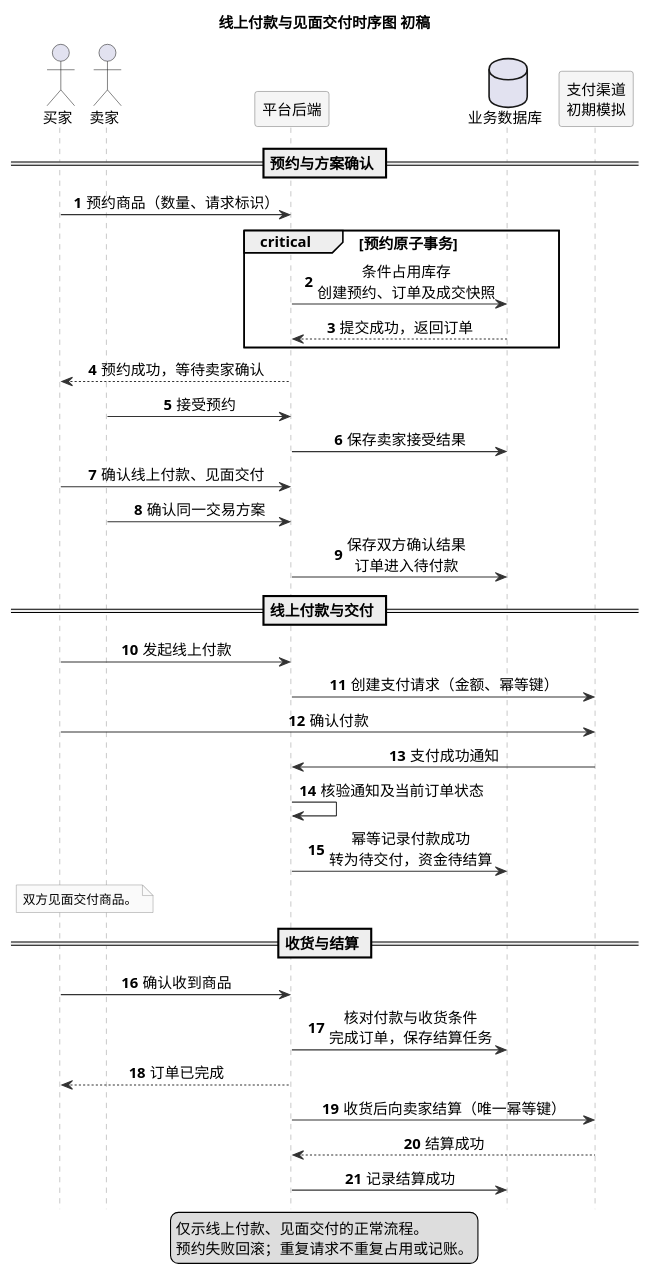
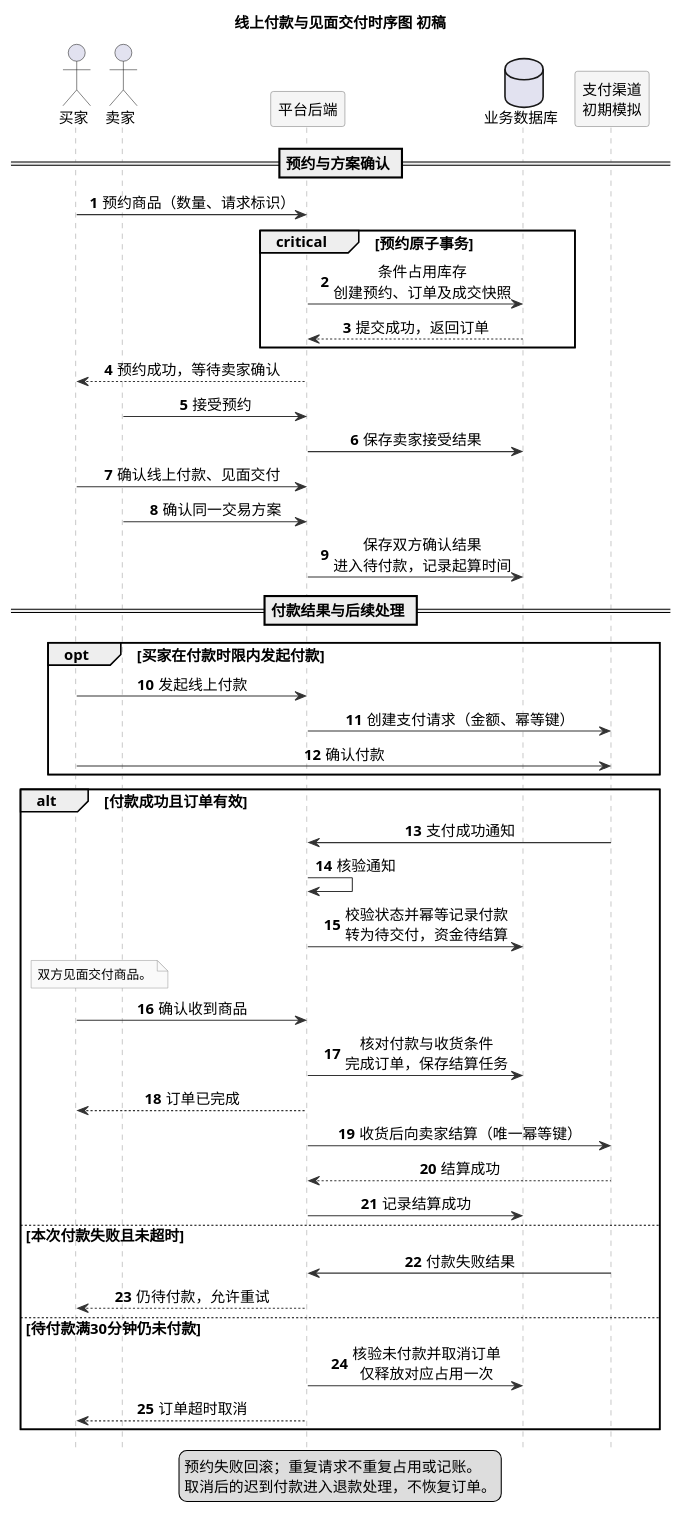
One commit to koishikois259/campus-market changed the diagram in UML/UML时序图.puml. Above: the diagram before and after it, drawn with PlantUML. The commit also changed 5 other files, not shown here.

Commit message:
lab2: add concise payment outcome branches to sequence diagram

```diff
--- a/UML/UML时序图.puml
+++ b/UML/UML时序图.puml
@@ -1,61 +1,70 @@
 @startuml
-' Sequence diagram v0.2, concise legend after user review, 2026-11-04.
+' Sequence diagram v0.3, essential payment branches after user review, 2026-11-04.
 ' Reference: https://plantuml.com/zh/sequence-diagram
 title 线上付款与见面交付时序图 初稿
 autonumber
 hide footbox
 skinparam defaultFontName Microsoft YaHei
 skinparam defaultFontSize 14
 skinparam shadowing false
 skinparam sequenceMessageAlign center
 skinparam sequenceParticipantBackgroundColor #F5F5F5
 skinparam sequenceParticipantBorderColor #777777
 skinparam sequenceLifeLineBorderColor #999999
 skinparam sequenceArrowColor #333333
 skinparam noteBackgroundColor #FAFAFA
 skinparam noteBorderColor #999999
 skinparam noteFontSize 12
 
 actor "买家" as Buyer
 actor "卖家" as Seller
 participant "平台后端" as App
 database "业务数据库" as DB
 participant "支付渠道\n初期模拟" as Channel
 
 == 预约与方案确认 ==
 Buyer -> App : 预约商品（数量、请求标识）
 critical 预约原子事务
   App -> DB : 条件占用库存\n创建预约、订单及成交快照
   DB --> App : 提交成功，返回订单
 end
 App --> Buyer : 预约成功，等待卖家确认
 Seller -> App : 接受预约
 App -> DB : 保存卖家接受结果
 Buyer -> App : 确认线上付款、见面交付
 Seller -> App : 确认同一交易方案
-App -> DB : 保存双方确认结果\n订单进入待付款
+App -> DB : 保存双方确认结果\n进入待付款，记录起算时间
 
-== 线上付款与交付 ==
-Buyer -> App : 发起线上付款
-App -> Channel : 创建支付请求（金额、幂等键）
-Buyer -> Channel : 确认付款
-Channel -> App : 支付成功通知
-App -> App : 核验通知及当前订单状态
-App -> DB : 幂等记录付款成功\n转为待交付，资金待结算
-note over Buyer, Seller
-  双方见面交付商品。
-end note
+== 付款结果与后续处理 ==
+opt 买家在付款时限内发起付款
+  Buyer -> App : 发起线上付款
+  App -> Channel : 创建支付请求（金额、幂等键）
+  Buyer -> Channel : 确认付款
+end
 
-== 收货与结算 ==
-Buyer -> App : 确认收到商品
-App -> DB : 核对付款与收货条件\n完成订单，保存结算任务
-App --> Buyer : 订单已完成
-App -> Channel : 收货后向卖家结算（唯一幂等键）
-Channel --> App : 结算成功
-App -> DB : 记录结算成功
+alt 付款成功且订单有效
+  Channel -> App : 支付成功通知
+  App -> App : 核验通知
+  App -> DB : 校验状态并幂等记录付款\n转为待交付，资金待结算
+  note over Buyer, Seller
+    双方见面交付商品。
+  end note
+  Buyer -> App : 确认收到商品
+  App -> DB : 核对付款与收货条件\n完成订单，保存结算任务
+  App --> Buyer : 订单已完成
+  App -> Channel : 收货后向卖家结算（唯一幂等键）
+  Channel --> App : 结算成功
+  App -> DB : 记录结算成功
+else 本次付款失败且未超时
+  Channel -> App : 付款失败结果
+  App --> Buyer : 仍待付款，允许重试
+else 待付款满30分钟仍未付款
+  App -> DB : 核验未付款并取消订单\n仅释放对应占用一次
+  App --> Buyer : 订单超时取消
+end
 
 legend bottom
-  仅示线上付款、见面交付的正常流程。
   预约失败回滚；重复请求不重复占用或记账。
+  取消后的迟到付款进入退款处理，不恢复订单。
 endlegend
 @enduml
```
